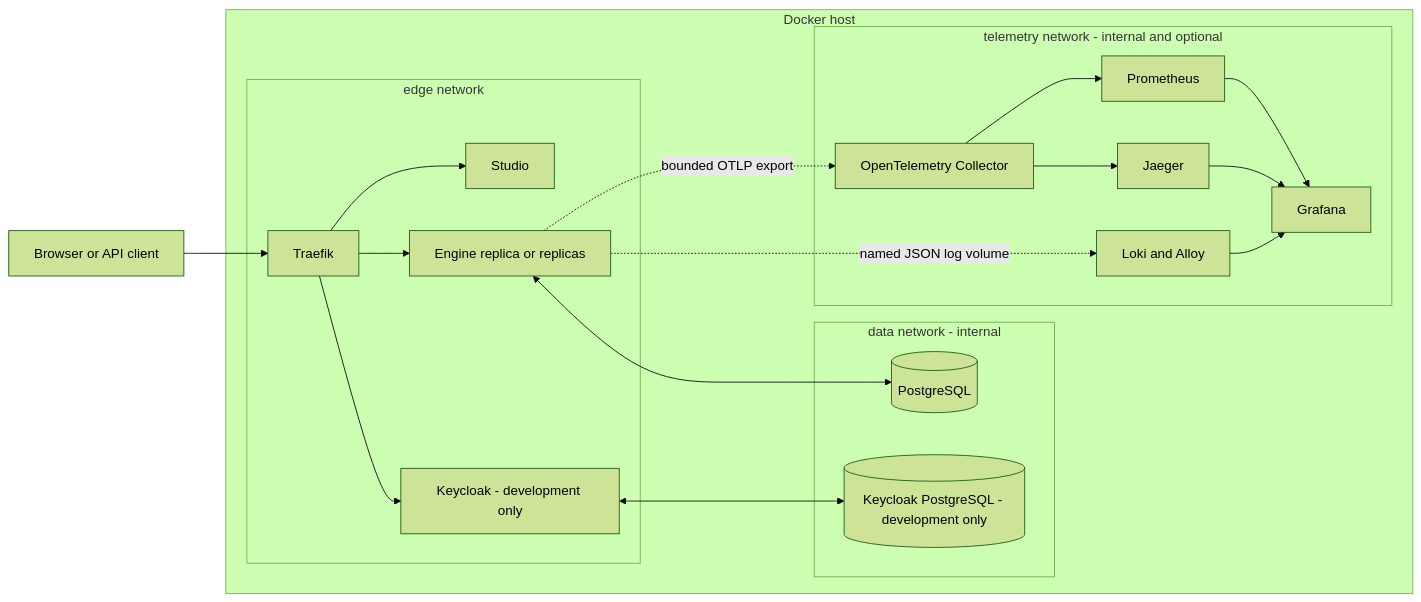
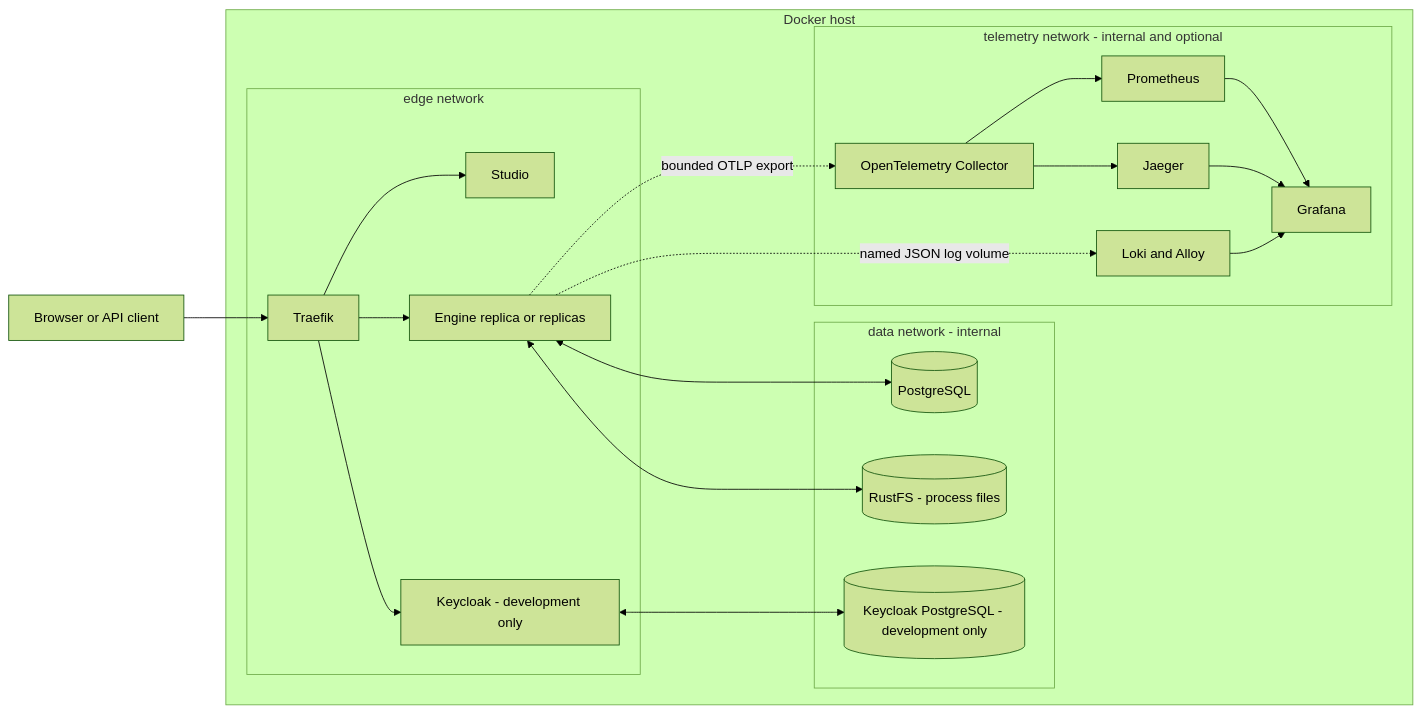
One commit to bashizip/abada-platform changed the diagram in documentation/src/content/docs/architecture/deployment.mdx. Above: the diagram before and after it, drawn with Mermaid (forest theme). The commit also changed other lines of this file and 15 other files, not shown here.

First line of the commit message:
docs(reference): process files, RustFS deployment, backup and upgrade

````diff
--- a/documentation/src/content/docs/architecture/deployment.mdx
+++ b/documentation/src/content/docs/architecture/deployment.mdx
@@ -12,35 +12,37 @@
 ```mermaid
 flowchart LR
   subgraph Host[Docker host]
     subgraph Edge[edge network]
       T[Traefik]
       UI[Studio]
       E[Engine replica or replicas]
       K[Keycloak - development only]
     end
     subgraph Data[data network - internal]
       DB[(PostgreSQL)]
+      FS[(RustFS - process files)]
       KD[(Keycloak PostgreSQL - development only)]
     end
     subgraph Telemetry[telemetry network - internal and optional]
       C[OpenTelemetry Collector]
       P[Prometheus]
       J[Jaeger]
       L[Loki and Alloy]
       G[Grafana]
     end
   end
   B[Browser or API client] --> T
   T --> UI
   T --> E
   T --> K
   E <--> DB
+  E <--> FS
   K <--> KD
   E -. bounded OTLP export .-> C
   E -. named JSON log volume .-> L
   C --> P
   C --> J
   P --> G
   J --> G
   L --> G
 ```
````
